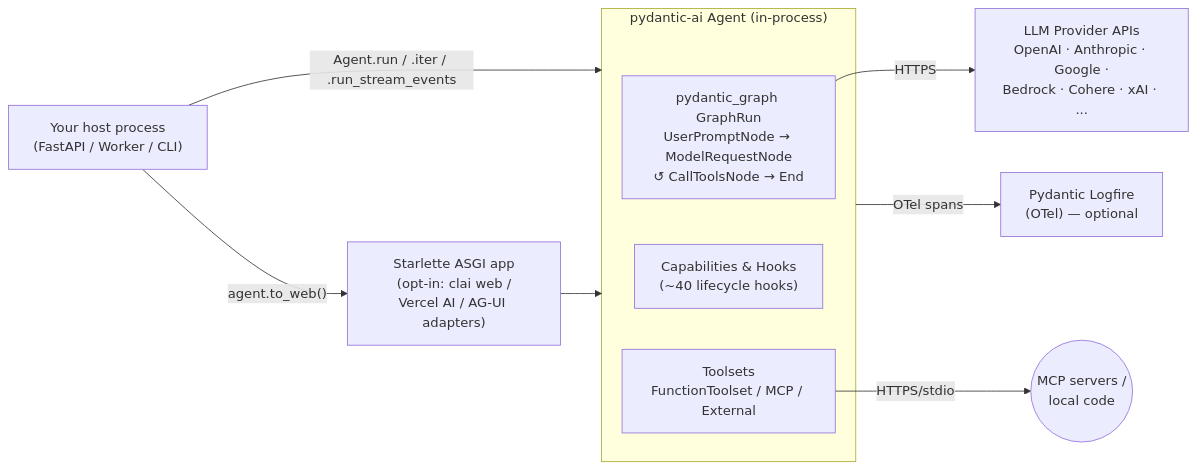
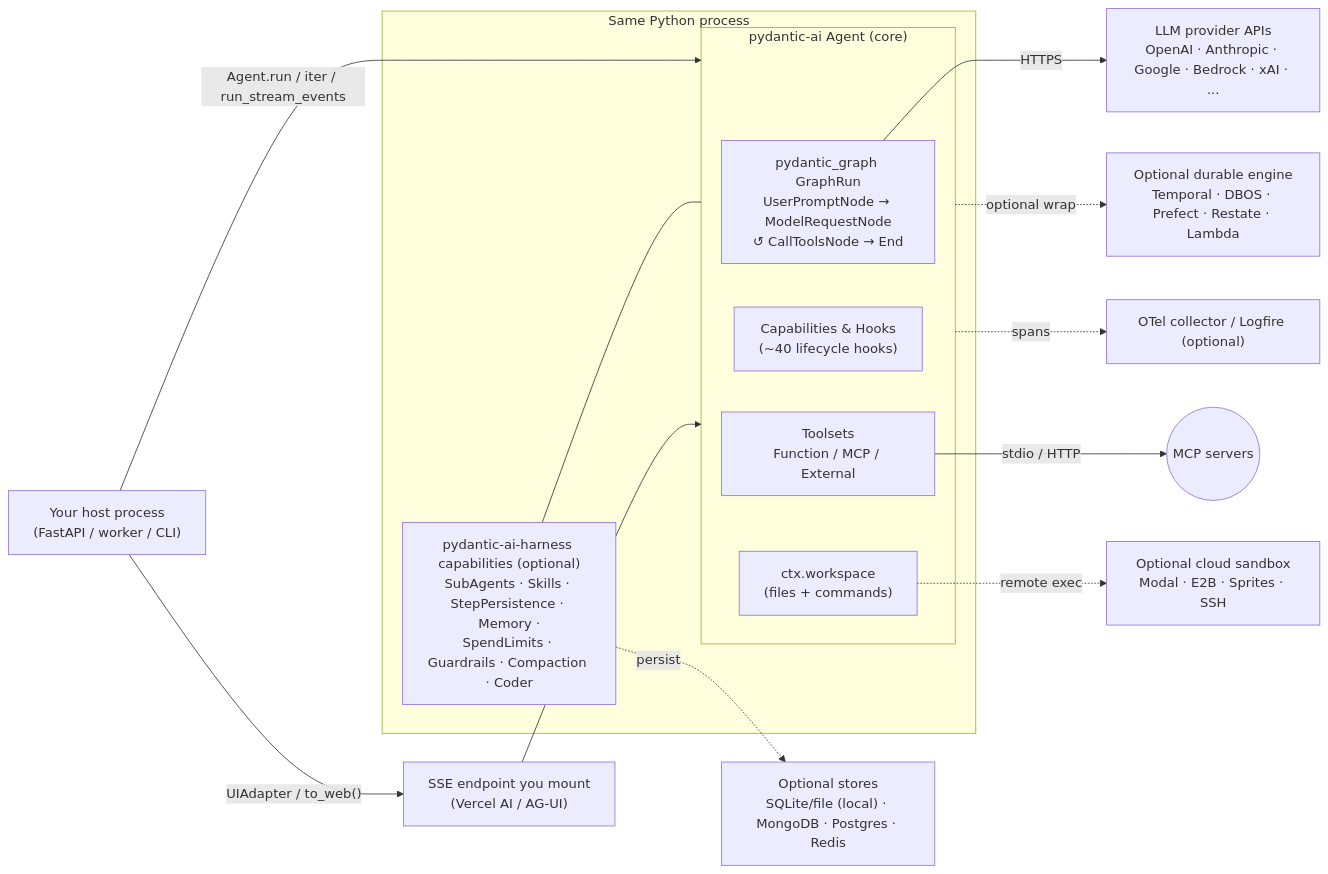
The first of 2 diagrams in docs/reports/pydantic-ai.md (nmvalera/ai-framework-benchmark), drawn with Mermaid before and after one commit. The commit also changed other lines of this file and 18 other files, not shown here.

````diff
--- a/docs/reports/pydantic-ai.md
+++ b/docs/reports/pydantic-ai.md
@@ -77,17 +83,29 @@
 ```mermaid
 flowchart LR
-  Caller["Your host process<br/>(FastAPI / Worker / CLI)"]
-  subgraph Agent["pydantic-ai Agent (in-process)"]
-    Graph["pydantic_graph GraphRun<br/>UserPromptNode → ModelRequestNode<br/>↺ CallToolsNode → End"]
-    Hooks["Capabilities & Hooks<br/>(~40 lifecycle hooks)"]
-    Tools["Toolsets<br/>FunctionToolset / MCP / External"]
+  Caller["Your host process<br/>(FastAPI / worker / CLI)"]
+  subgraph Proc["Same Python process"]
+    subgraph Agent["pydantic-ai Agent (core)"]
+      Graph["pydantic_graph GraphRun<br/>UserPromptNode → ModelRequestNode<br/>↺ CallToolsNode → End"]
+      Caps["Capabilities & Hooks<br/>(~40 lifecycle hooks)"]
+      Tools["Toolsets<br/>Function / MCP / External"]
+      WS["ctx.workspace<br/>(files + commands)"]
+    end
+    Harness["pydantic-ai-harness capabilities (optional)<br/>SubAgents · Skills · StepPersistence · Memory ·<br/>SpendLimits · Guardrails · Compaction · Coder"]
   end
-  Provider["LLM Provider APIs<br/>OpenAI · Anthropic · Google ·<br/>Bedrock · Cohere · xAI · ..."]
-  Logfire["Pydantic Logfire<br/>(OTel) — optional"]
-  Caller -->|Agent.run / .iter / .run_stream_events| Agent
+  Provider["LLM provider APIs<br/>OpenAI · Anthropic · Google · Bedrock · xAI · ..."]
+  Sandbox["Optional cloud sandbox<br/>Modal · E2B · Sprites · SSH"]
+  Stores["Optional stores<br/>SQLite/file (local) · MongoDB · Postgres · Redis"]
+  Durable["Optional durable engine<br/>Temporal · DBOS · Prefect · Restate · Lambda"]
+  OTel["OTel collector / Logfire (optional)"]
+  MCPS(("MCP servers"))
+  Caller -->|Agent.run / iter / run_stream_events| Agent
+  Harness --- Agent
   Graph -- HTTPS --> Provider
-  Tools -- HTTPS/stdio --> External(("MCP servers /<br/>local code"))
-  Agent -- OTel spans --> Logfire
-  Caller -- "agent.to_web()" --> Starlette["Starlette ASGI app<br/>(opt-in: clai web /<br/>Vercel AI / AG-UI adapters)"]
-  Starlette --> Agent
+  Tools -- stdio / HTTP --> MCPS
+  WS -. remote exec .-> Sandbox
+  Harness -. persist .-> Stores
+  Agent -. optional wrap .-> Durable
+  Agent -. spans .-> OTel
+  Caller -- "UIAdapter / to_web()" --> SSE["SSE endpoint you mount<br/>(Vercel AI / AG-UI)"]
+  SSE --> Agent
 ```
````
